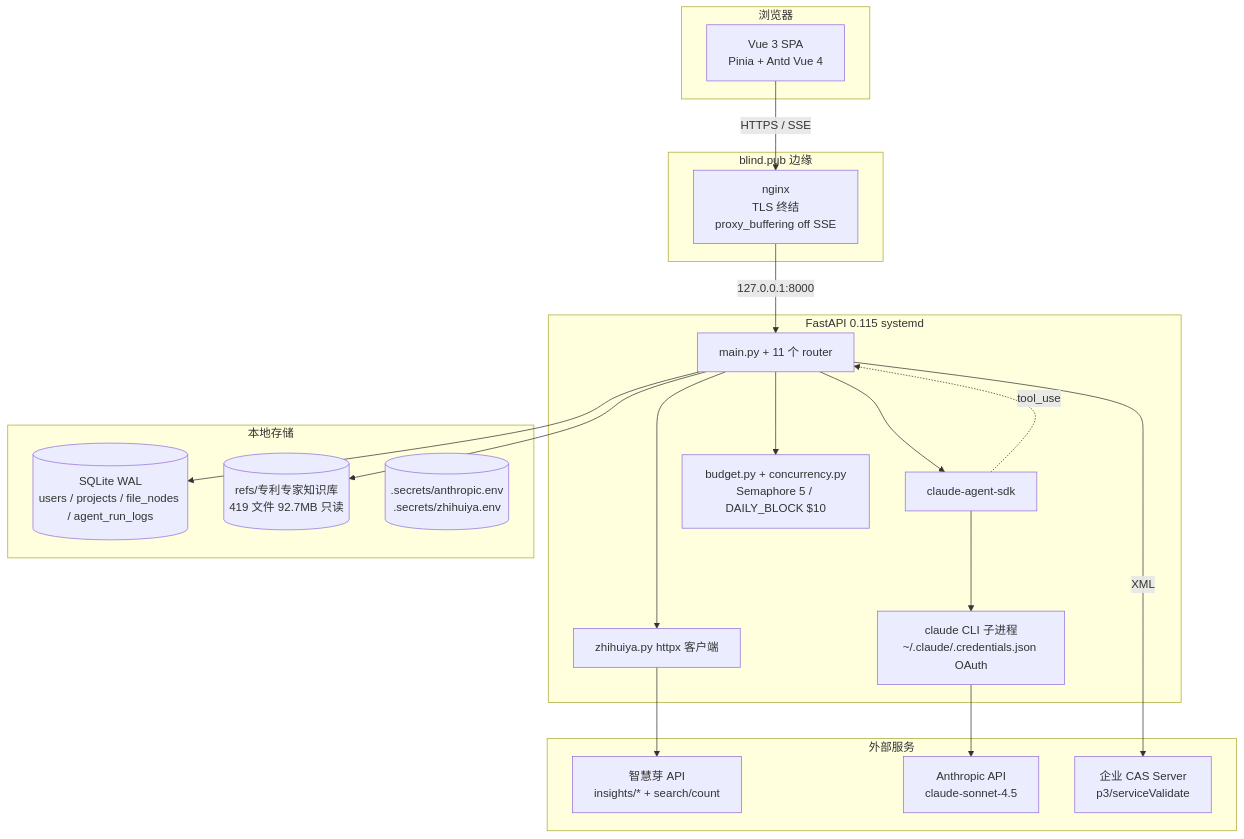
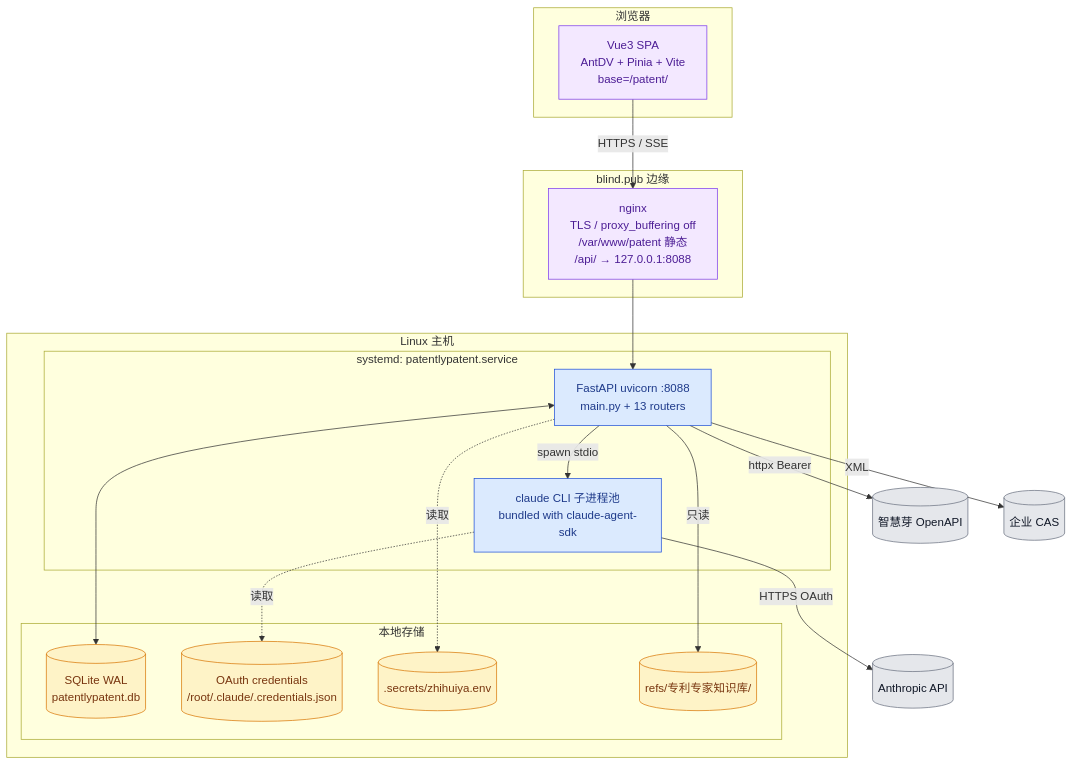
Before and after one commit to ChuangLee/PatentlyPatent: the second of 13 diagrams in docs/hld.md, drawn with Mermaid. The commit also changed other lines of this file and 45 other files, not shown here.

````diff
--- a/docs/hld.md
+++ b/docs/hld.md
@@ -39,36 +75,48 @@
 ```mermaid
-graph TD
+graph TB
+    classDef edge fill:#f3e8ff,stroke:#7c3aed,color:#4c1d95
+    classDef app fill:#dbeafe,stroke:#1d4ed8,color:#1e3a8a
+    classDef data fill:#fef3c7,stroke:#d97706,color:#78350f
+    classDef ext fill:#e5e7eb,stroke:#6b7280,color:#111827
+
     subgraph Browser[浏览器]
-        VUE[Vue 3 SPA<br/>Pinia + Antd Vue 4]
-    end
-    subgraph Edge[blind.pub 边缘]
-        NGINX[nginx<br/>TLS 终结<br/>proxy_buffering off SSE]
-    end
-    subgraph App[FastAPI 0.115 systemd]
-        FAPI[main.py + 11 个 router]
-        SDK[claude-agent-sdk]
-        CLI[claude CLI 子进程<br/>~/.claude/.credentials.json OAuth]
-        ZHY_CLI[zhihuiya.py httpx 客户端]
-        BUDGET[budget.py + concurrency.py<br/>Semaphore 5 / DAILY_BLOCK $10]
-    end
-    subgraph Storage[本地存储]
-        SQLITE[(SQLite WAL<br/>users / projects / file_nodes / agent_run_logs)]
-        KB[(refs/专利专家知识库<br/>419 文件 92.7MB 只读)]
-        FS[(.secrets/anthropic.env<br/>.secrets/zhihuiya.env)]
-    end
-    subgraph External[外部服务]
-        ZHY[智慧芽 API<br/>insights/* + search/count]
-        ANTH[Anthropic API<br/>claude-sonnet-4.5]
-        CAS[企业 CAS Server<br/>p3/serviceValidate]
+        SPA[Vue3 SPA<br/>AntDV + Pinia + Vite<br/>base=/patent/]
     end
 
-    VUE -->|HTTPS / SSE| NGINX
-    NGINX -->|127.0.0.1:8000| FAPI
-    FAPI --> SDK --> CLI --> ANTH
-    SDK -. tool_use .-> FAPI
-    FAPI --> ZHY_CLI --> ZHY
-    FAPI --> SQLITE
-    FAPI --> KB
-    FAPI -->|XML| CAS
-    FAPI --> BUDGET
+    subgraph Edge[blind.pub 边缘]
+        NG[nginx<br/>TLS / proxy_buffering off<br/>/var/www/patent 静态<br/>/api/ → 127.0.0.1:8088]
+    end
+
+    subgraph Server[Linux 主机]
+        subgraph SystemdUnit[systemd: patentlypatent.service]
+            FAPI[FastAPI uvicorn :8088<br/>main.py + 13 routers]
+            CLI[claude CLI 子进程池<br/>bundled with claude-agent-sdk]
+        end
+        subgraph DataStores[本地存储]
+            DB[(SQLite WAL<br/>patentlypatent.db)]
+            CRED[(OAuth credentials<br/>/root/.claude/.credentials.json)]
+            SEC[(.secrets/zhihuiya.env)]
+            KBFS[(refs/专利专家知识库/)]
+        end
+    end
+
+    ZHY[(智慧芽 OpenAPI)]
+    ANTH[(Anthropic API)]
+    CAS[(企业 CAS)]
+
+    SPA -- HTTPS / SSE --> NG
+    NG --> FAPI
+    FAPI -- spawn stdio --> CLI
+    CLI -- HTTPS OAuth --> ANTH
+    FAPI -- httpx Bearer --> ZHY
+    FAPI -- XML --> CAS
+    FAPI <--> DB
+    FAPI -- 只读 --> KBFS
+    CLI -.读取.-> CRED
+    FAPI -.读取.-> SEC
+
+    class SPA,NG edge
+    class FAPI,CLI app
+    class DB,CRED,SEC,KBFS data
+    class ZHY,ANTH,CAS ext
 ```
````
